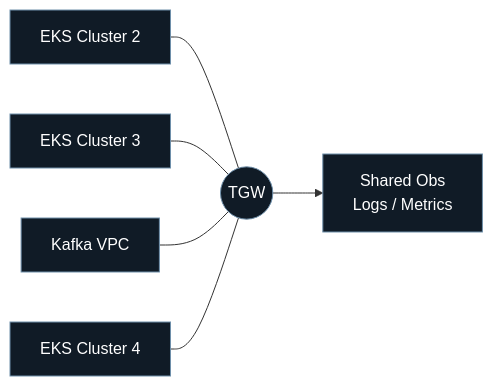
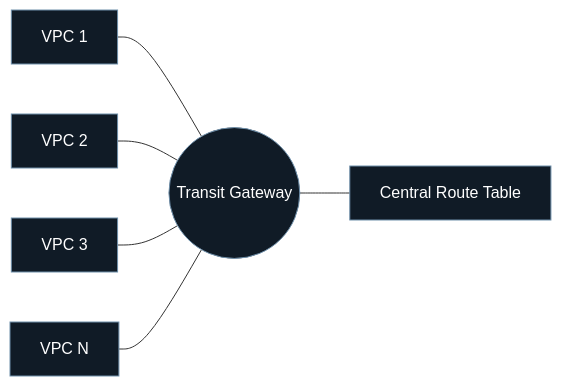
The second of 5 diagrams in content/posts/aws-network-evolution.md (usamaahmadkhan/usamaahmadkhan.github.io), drawn with Mermaid before and after one commit. The commit also changed other lines of this file, not shown here.

````diff
--- a/content/posts/aws-network-evolution.md
+++ b/content/posts/aws-network-evolution.md
@@ -47,15 +47,15 @@
 ```mermaid
 flowchart LR
-    C2[EKS Cluster 2] --- TGW
-    C3[EKS Cluster 3] --- TGW
-    K[Kafka VPC] --- TGW
-    C4[EKS Cluster 4] --- TGW
-    TGW(("TGW")) --> SO["Shared Obs<br/>Logs / Metrics"]
+    V1["VPC 1"] --- TGW
+    V2["VPC 2"] --- TGW
+    V3["VPC 3"] --- TGW
+    VN["VPC N"] --- TGW
+    TGW(("Transit Gateway")) --- RT["Central Route Table"]
 
     style TGW fill:#101B26,stroke:#6E8FAA,color:#fff
-    style SO fill:#101B26,stroke:#6E8FAA,color:#fff
-    style C2 fill:#101B26,stroke:#6E8FAA,color:#fff
-    style C3 fill:#101B26,stroke:#6E8FAA,color:#fff
-    style C4 fill:#101B26,stroke:#6E8FAA,color:#fff
-    style K fill:#101B26,stroke:#6E8FAA,color:#fff
+    style RT fill:#101B26,stroke:#6E8FAA,color:#fff
+    style V1 fill:#101B26,stroke:#6E8FAA,color:#fff
+    style V2 fill:#101B26,stroke:#6E8FAA,color:#fff
+    style V3 fill:#101B26,stroke:#6E8FAA,color:#fff
+    style VN fill:#101B26,stroke:#6E8FAA,color:#fff
 ```
````
